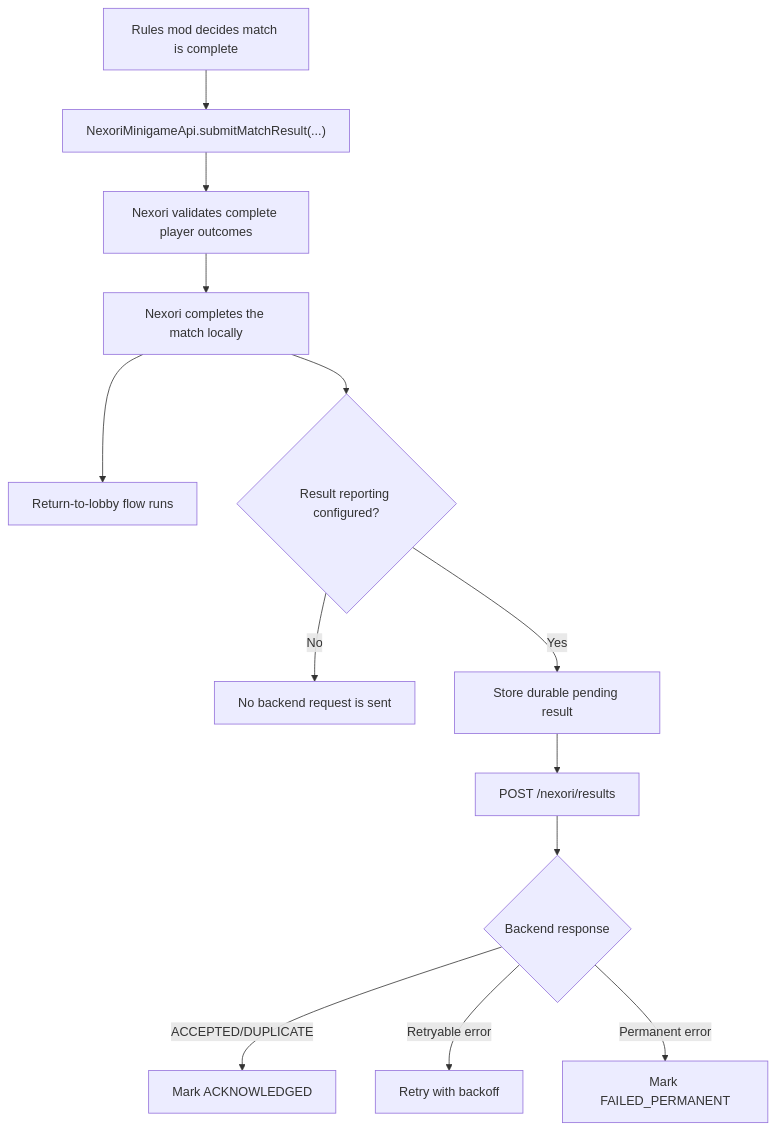
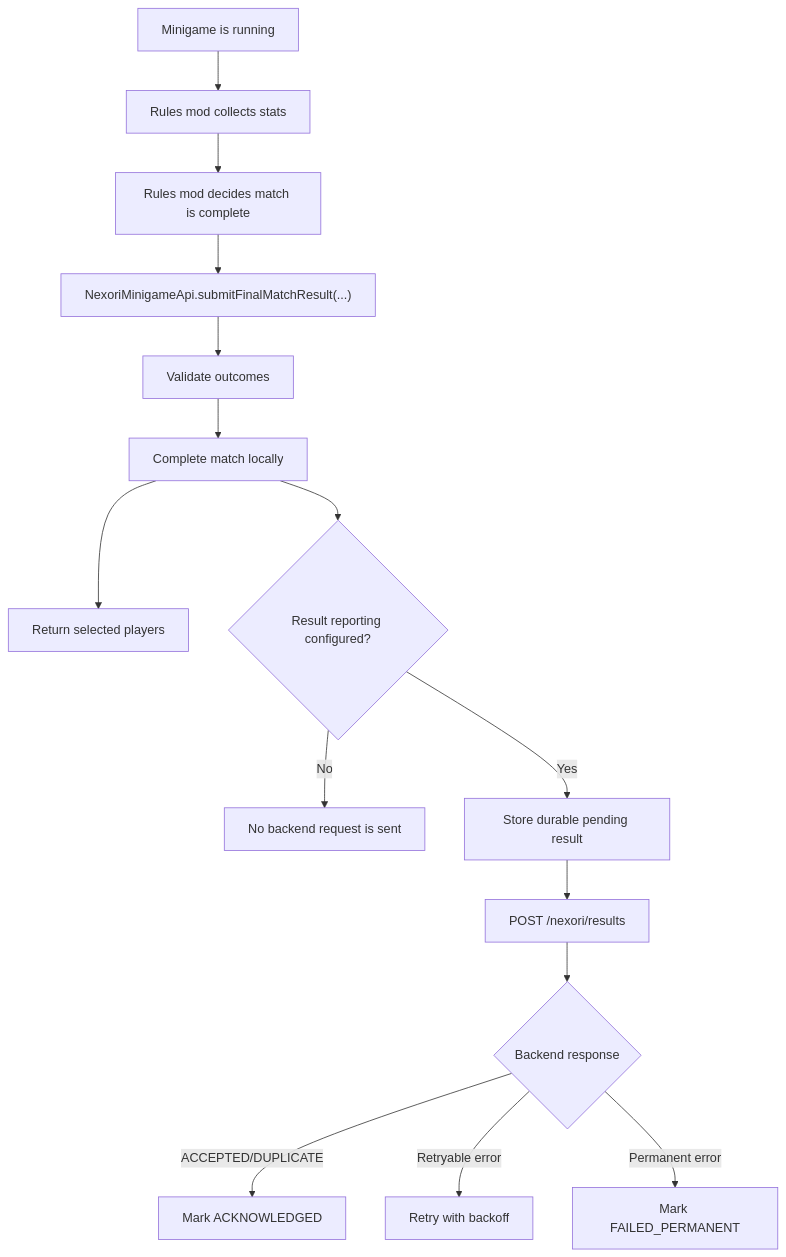
One commit to hyjn-nexori/nexori-docs changed the diagram in docs/concepts/result-reporting.md. Above: the diagram before and after it, drawn with Mermaid. The commit also changed other lines of this file and 22 other files, not shown here.

First line of the commit message:
Expand Nexori docs for public API and backend integration

````diff
--- a/docs/concepts/result-reporting.md
+++ b/docs/concepts/result-reporting.md
@@ -5,15 +5,17 @@
 ```mermaid
 flowchart TD
-    A["Rules mod decides match is complete"] --> B["NexoriMinigameApi.submitMatchResult(...)"]
-    B --> C["Nexori validates complete player outcomes"]
-    C --> D["Nexori completes the match locally"]
-    D --> E["Return-to-lobby flow runs"]
-    D --> F{"Result reporting configured?"}
-    F -- "No" --> G["No backend request is sent"]
-    F -- "Yes" --> H["Store durable pending result"]
-    H --> I["POST /nexori/results"]
-    I --> J{"Backend response"}
-    J -- "ACCEPTED/DUPLICATE" --> K["Mark ACKNOWLEDGED"]
-    J -- "Retryable error" --> L["Retry with backoff"]
-    J -- "Permanent error" --> M["Mark FAILED_PERMANENT"]
+    Z["Minigame is running"] --> A["Rules mod collects stats"]
+    A --> B["Rules mod decides match is complete"]
+    B --> C["NexoriMinigameApi.submitFinalMatchResult(...)"]
+    C --> D["Validate outcomes"]
+    D --> E["Complete match locally"]
+    E --> F["Return selected players"]
+    E --> G{"Result reporting configured?"}
+    G -- "No" --> H["No backend request is sent"]
+    G -- "Yes" --> I["Store durable pending result"]
+    I --> J["POST /nexori/results"]
+    J --> K{"Backend response"}
+    K -- "ACCEPTED/DUPLICATE" --> L["Mark ACKNOWLEDGED"]
+    K -- "Retryable error" --> M["Retry with backoff"]
+    K -- "Permanent error" --> N["Mark FAILED_PERMANENT"]
 ```
````
